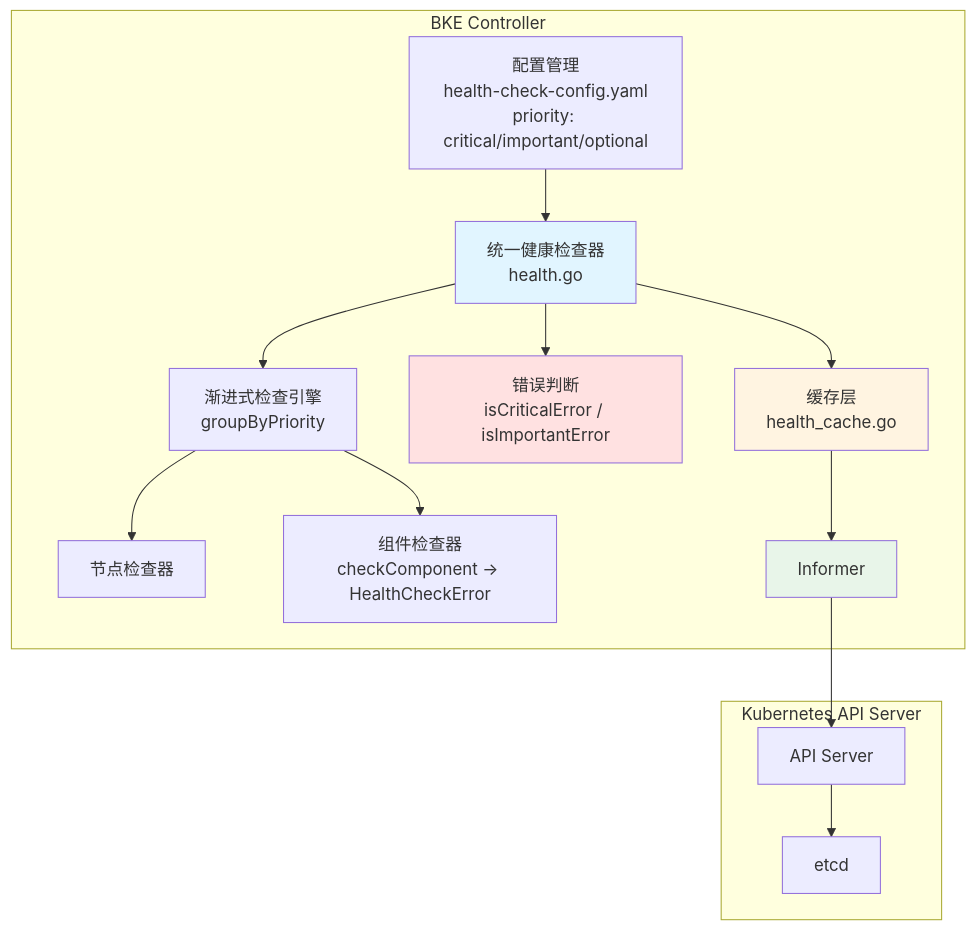
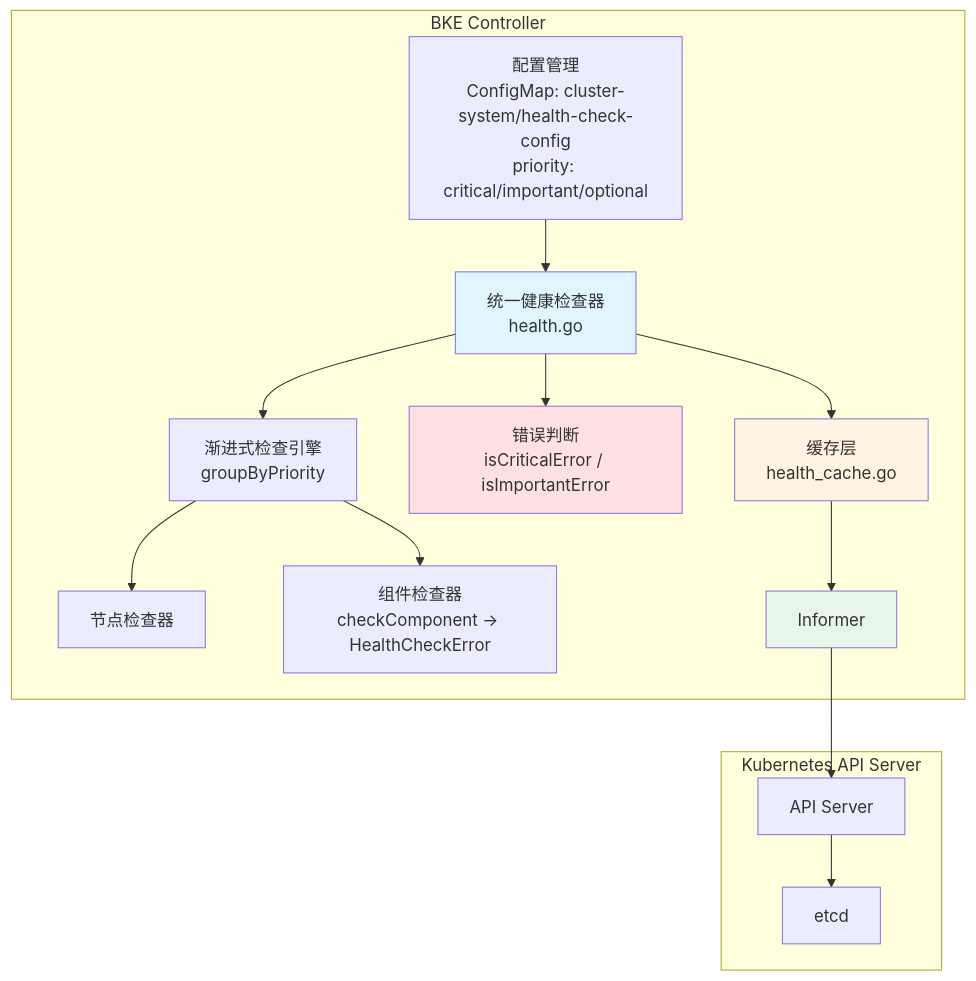
The second of 10 diagrams in code/performance/report/health-check-convergence.md (javadoors/cluster-api-provider-bke), drawn with Mermaid before and after one commit. The commit also changed other lines of this file, not shown here.

````diff
--- a/code/performance/report/health-check-convergence.md
+++ b/code/performance/report/health-check-convergence.md
@@ -1035,25 +1092,25 @@
 ```mermaid
 graph TB
     subgraph "BKE Controller"
-        A[配置管理<br/>health-check-config.yaml<br/>priority: critical/important/optional] --> B[统一健康检查器<br/>health.go]
+        A[配置管理<br/>ConfigMap: cluster-system/health-check-config<br/>priority: critical/important/optional] --> B[统一健康检查器<br/>health.go]
         B --> C[渐进式检查引擎<br/>groupByPriority]
         C --> D[节点检查器]
         C --> E[组件检查器<br/>checkComponent → HealthCheckError]
         B --> F[错误判断<br/>isCriticalError / isImportantError]
         B --> G[缓存层<br/>health_cache.go]
         G --> H[Informer]
     end
     
     subgraph "Kubernetes API Server"
         I[API Server]
         J[etcd]
     end
     
     H --> I
     I --> J
     
     style B fill:#e1f5ff
     style G fill:#fff4e1
     style H fill:#e8f5e9
     style F fill:#ffe1e1
 ```
````
